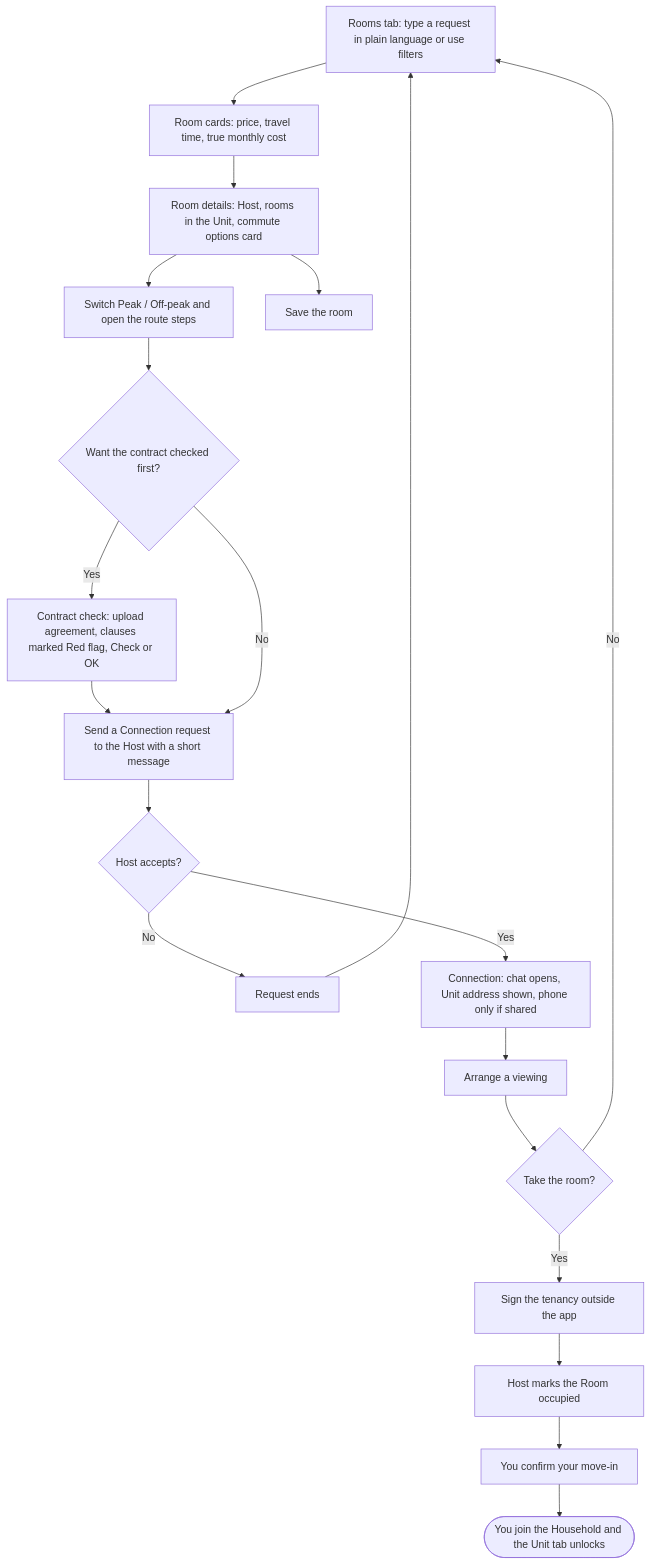
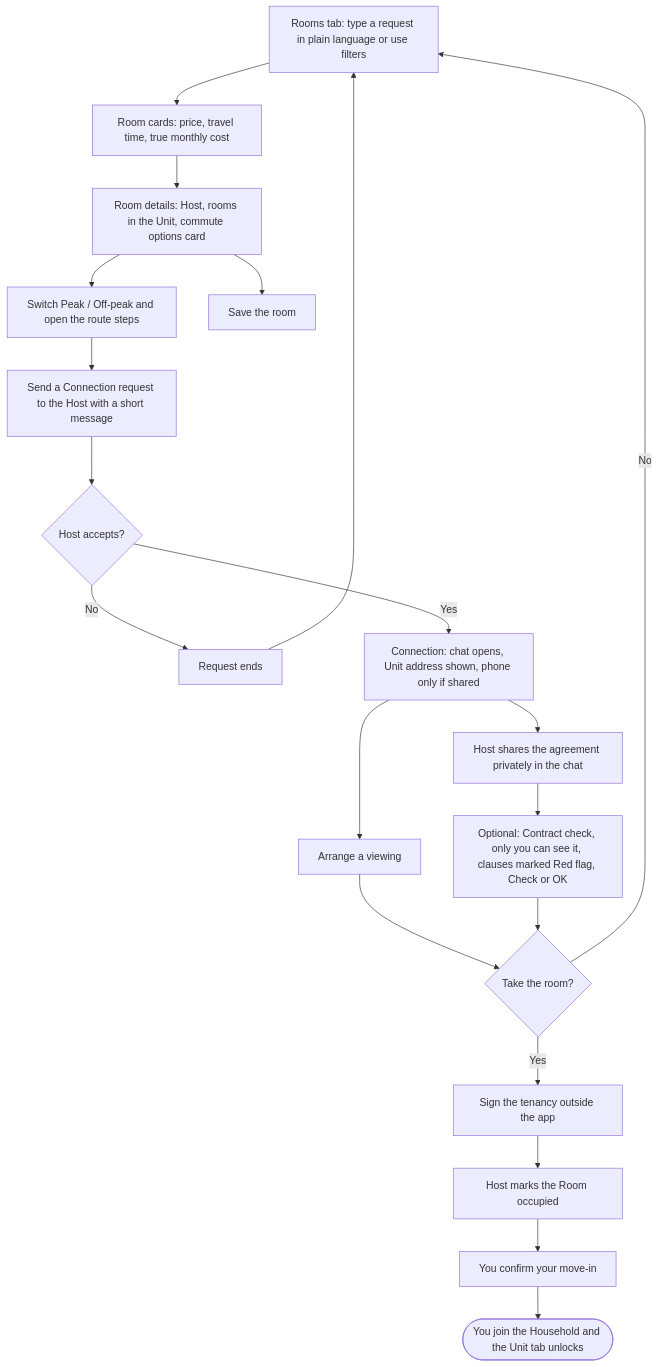
The second of 7 diagrams in USER-FLOW.md (abqaryne/jiran), drawn with Mermaid before and after one commit. The commit also changed 3 other files, not shown here.

First line of the commit message:
[Docs] Make the contract check private

````diff
--- a/USER-FLOW.md
+++ b/USER-FLOW.md
@@ -27,22 +27,22 @@
 ```mermaid
 flowchart TD
     A["Rooms tab: type a request in plain language or use filters"] --> B["Room cards: price, travel time, true monthly cost"]
     B --> C["Room details: Host, rooms in the Unit, commute options card"]
     C --> D["Switch Peak / Off-peak and open the route steps"]
     C --> S["Save the room"]
-    D --> E{"Want the contract checked first?"}
-    E -- "Yes" --> F["Contract check: upload agreement, clauses marked Red flag, Check or OK"]
-    F --> G["Send a Connection request to the Host with a short message"]
-    E -- "No" --> G
+    D --> G["Send a Connection request to the Host with a short message"]
     G --> H{"Host accepts?"}
     H -- "No" --> I["Request ends"]
     I --> A
     H -- "Yes" --> J["Connection: chat opens, Unit address shown, phone only if shared"]
     J --> K["Arrange a viewing"]
+    J --> CC["Host shares the agreement privately in the chat"]
+    CC --> CK["Optional: Contract check, only you can see it, clauses marked Red flag, Check or OK"]
     K --> L{"Take the room?"}
+    CK --> L
     L -- "No" --> A
     L -- "Yes" --> M["Sign the tenancy outside the app"]
     M --> N["Host marks the Room occupied"]
     N --> O["You confirm your move-in"]
     O --> P(["You join the Household and the Unit tab unlocks"])
 ```
````
